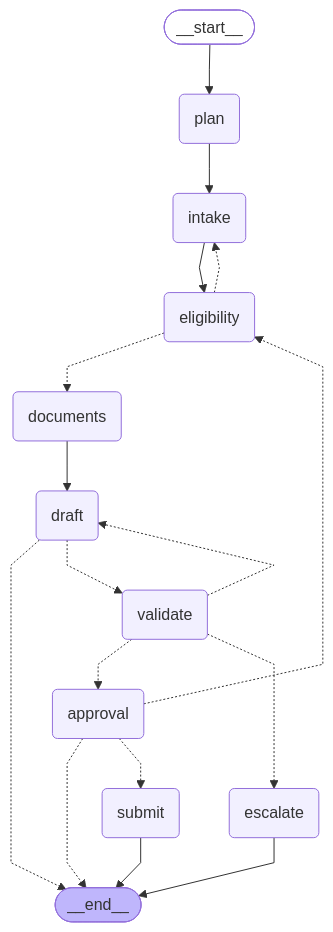
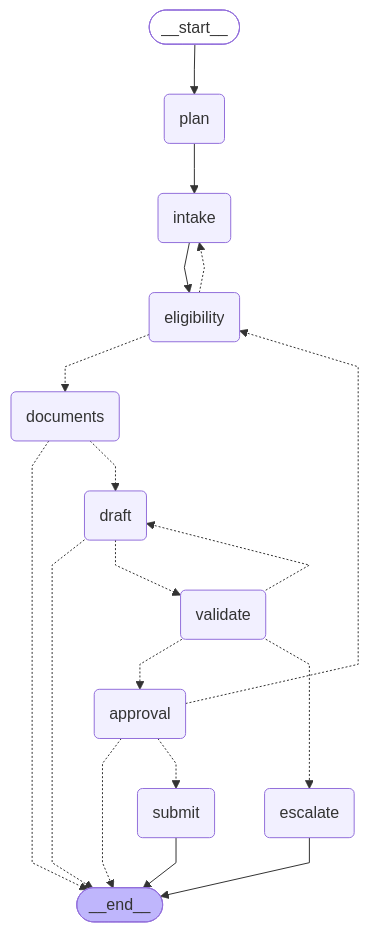
The diagram in docs/workflow-graph.md (scheme-saathi/scheme-saathi), drawn with Mermaid before and after one commit. The commit also changed 8 other files, not shown here.

````diff
--- a/docs/workflow-graph.md
+++ b/docs/workflow-graph.md
@@ -9,38 +9,39 @@
 ```mermaid
 ---
 config:
   flowchart:
     curve: linear
 ---
 graph TD;
 	__start__([<p>__start__</p>]):::first
 	plan(plan)
 	intake(intake)
 	eligibility(eligibility)
 	documents(documents)
 	draft(draft)
 	validate(validate)
 	escalate(escalate)
 	approval(approval)
 	submit(submit)
 	__end__([<p>__end__</p>]):::last
 	__start__ --> plan;
 	approval -.-> __end__;
 	approval -.-> eligibility;
 	approval -.-> submit;
-	documents --> draft;
+	documents -.-> __end__;
+	documents -.-> draft;
 	draft -.-> __end__;
 	draft -.-> validate;
 	eligibility -.-> documents;
 	eligibility -.-> intake;
 	intake --> eligibility;
 	plan --> intake;
 	validate -.-> approval;
 	validate -.-> draft;
 	validate -.-> escalate;
 	escalate --> __end__;
 	submit --> __end__;
 	classDef default fill:#f2f0ff,line-height:1.2
 	classDef first fill-opacity:0
 	classDef last fill:#bfb6fc
 ```
````
